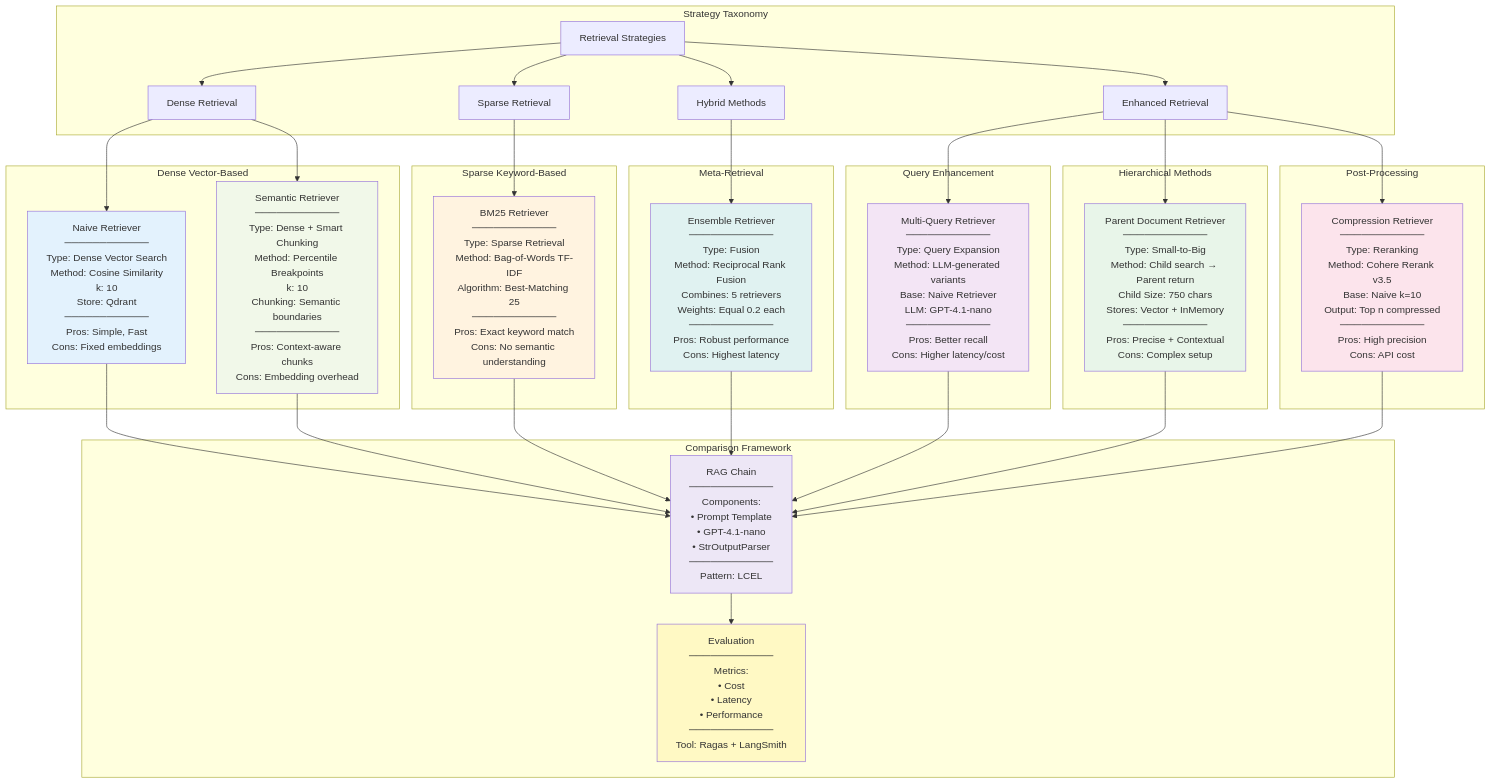
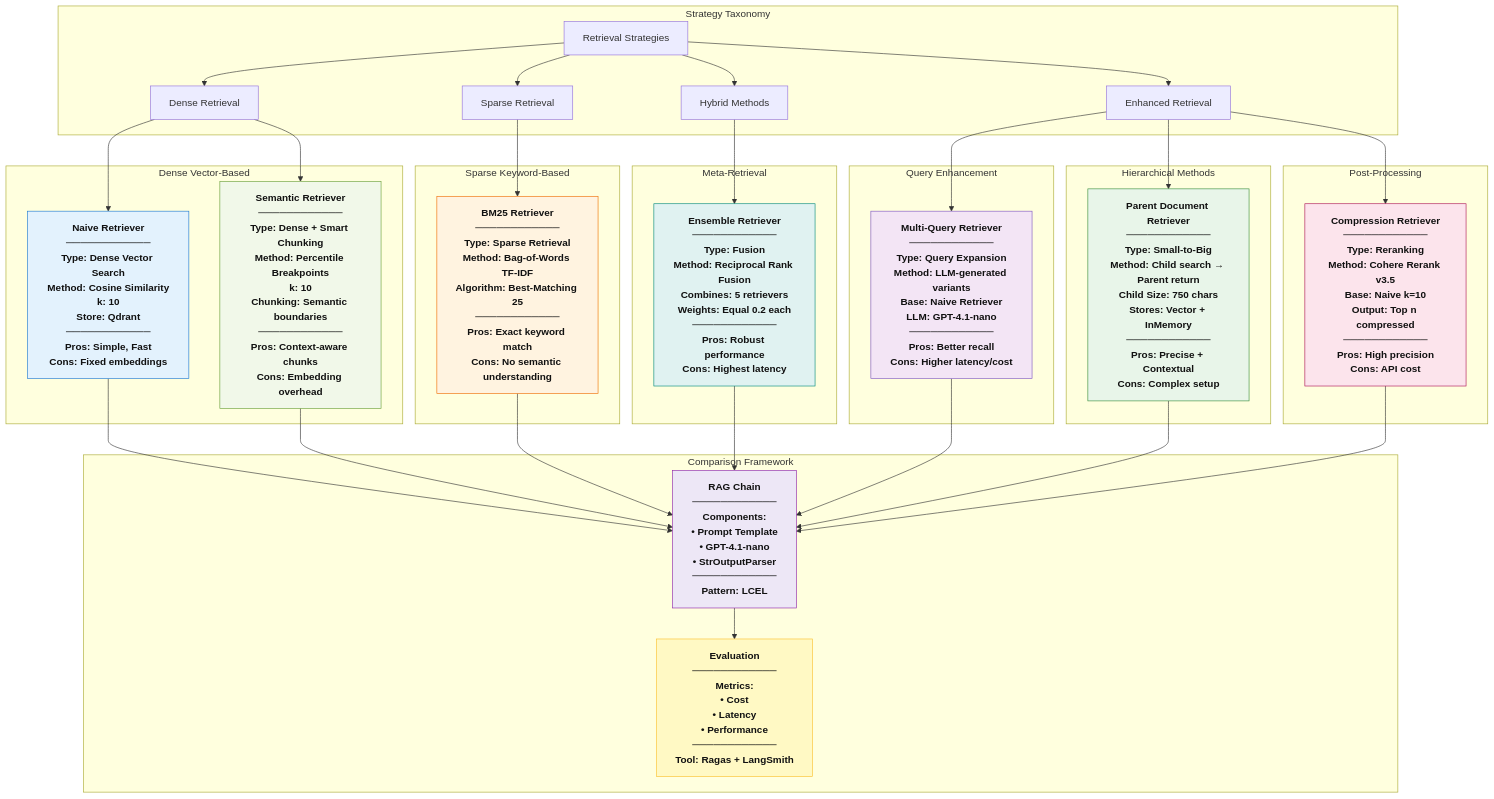
One commit to don-aie-cohort8/aie8-s09-adv-retrieval changed the diagram in README.md. Above: the diagram before and after it, drawn with Mermaid.

Commit message:
improve image contrast

````diff
--- a/README.md
+++ b/README.md
@@ -96,58 +96,69 @@
 ```mermaid
 graph TB
     subgraph Strategy Taxonomy
         RETRIEVAL[Retrieval Strategies]
         RETRIEVAL --> DENSE[Dense Retrieval]
         RETRIEVAL --> SPARSE[Sparse Retrieval]
         RETRIEVAL --> HYBRID[Hybrid Methods]
         RETRIEVAL --> ENHANCED[Enhanced Retrieval]
     end
 
     subgraph Dense Vector-Based
         DENSE --> S1[Naive Retriever<br/>────────────<br/>Type: Dense Vector Search<br/>Method: Cosine Similarity<br/>k: 10<br/>Store: Qdrant<br/>────────────<br/>Pros: Simple, Fast<br/>Cons: Fixed embeddings]
-
         DENSE --> S7[Semantic Retriever<br/>────────────<br/>Type: Dense + Smart Chunking<br/>Method: Percentile Breakpoints<br/>k: 10<br/>Chunking: Semantic boundaries<br/>────────────<br/>Pros: Context-aware chunks<br/>Cons: Embedding overhead]
     end
 
     subgraph Sparse Keyword-Based
         SPARSE --> S2[BM25 Retriever<br/>────────────<br/>Type: Sparse Retrieval<br/>Method: Bag-of-Words TF-IDF<br/>Algorithm: Best-Matching 25<br/>────────────<br/>Pros: Exact keyword match<br/>Cons: No semantic understanding]
     end
 
     subgraph Query Enhancement
         ENHANCED --> S3[Multi-Query Retriever<br/>────────────<br/>Type: Query Expansion<br/>Method: LLM-generated variants<br/>Base: Naive Retriever<br/>LLM: GPT-4.1-nano<br/>────────────<br/>Pros: Better recall<br/>Cons: Higher latency/cost]
     end
 
     subgraph Hierarchical Methods
         ENHANCED --> S4[Parent Document Retriever<br/>────────────<br/>Type: Small-to-Big<br/>Method: Child search → Parent return<br/>Child Size: 750 chars<br/>Stores: Vector + InMemory<br/>────────────<br/>Pros: Precise + Contextual<br/>Cons: Complex setup]
     end
 
     subgraph Post-Processing
         ENHANCED --> S5[Compression Retriever<br/>────────────<br/>Type: Reranking<br/>Method: Cohere Rerank v3.5<br/>Base: Naive k=10<br/>Output: Top n compressed<br/>────────────<br/>Pros: High precision<br/>Cons: API cost]
     end
 
     subgraph Meta-Retrieval
         HYBRID --> S6[Ensemble Retriever<br/>────────────<br/>Type: Fusion<br/>Method: Reciprocal Rank Fusion<br/>Combines: 5 retrievers<br/>Weights: Equal 0.2 each<br/>────────────<br/>Pros: Robust performance<br/>Cons: Highest latency]
     end
 
     subgraph Comparison Framework
         S1 --> CHAIN[RAG Chain<br/>────────────<br/>Components:<br/>• Prompt Template<br/>• GPT-4.1-nano<br/>• StrOutputParser<br/>────────────<br/>Pattern: LCEL]
         S2 --> CHAIN
         S3 --> CHAIN
         S4 --> CHAIN
         S5 --> CHAIN
         S6 --> CHAIN
         S7 --> CHAIN
 
         CHAIN --> EVAL[Evaluation<br/>────────────<br/>Metrics:<br/>• Cost<br/>• Latency<br/>• Performance<br/>────────────<br/>Tool: Ragas + LangSmith]
     end
 
-    style S1 fill:#e3f2fd
-    style S2 fill:#fff3e0
-    style S3 fill:#f3e5f5
-    style S4 fill:#e8f5e9
-    style S5 fill:#fce4ec
-    style S6 fill:#e0f2f1
-    style S7 fill:#f1f8e9
-    style CHAIN fill:#ede7f6
-    style EVAL fill:#fff9c4
+    %% Improved contrast classes for each node
+    classDef blueBox fill:#e3f2fd,stroke:#1976d2,color:#111,font-weight:700;
+    classDef yellowBox fill:#fff9c4,stroke:#fbc02d,color:#111,font-weight:700;
+    classDef orangeBox fill:#fff3e0,stroke:#ef6c00,color:#111,font-weight:700;
+    classDef violetBox fill:#ede7f6,stroke:#8e24aa,color:#111,font-weight:700;
+    classDef lavenderBox fill:#f3e5f5,stroke:#7e57c2,color:#111,font-weight:700;
+    classDef greenBox fill:#e8f5e9,stroke:#388e3c,color:#111,font-weight:700;
+    classDef pinkBox fill:#fce4ec,stroke:#ad1457,color:#111,font-weight:700;
+    classDef tealBox fill:#e0f2f1,stroke:#00897b,color:#111,font-weight:700;
+    classDef lightGreenBox fill:#f1f8e9,stroke:#689f38,color:#111,font-weight:700;
+
+    class S1 blueBox;
+    class S2 orangeBox;
+    class S3 lavenderBox;
+    class S4 greenBox;
+    class S5 pinkBox;
+    class S6 tealBox;
+    class S7 lightGreenBox;
+    class CHAIN violetBox;
+    class EVAL yellowBox;
+
 ```
````
